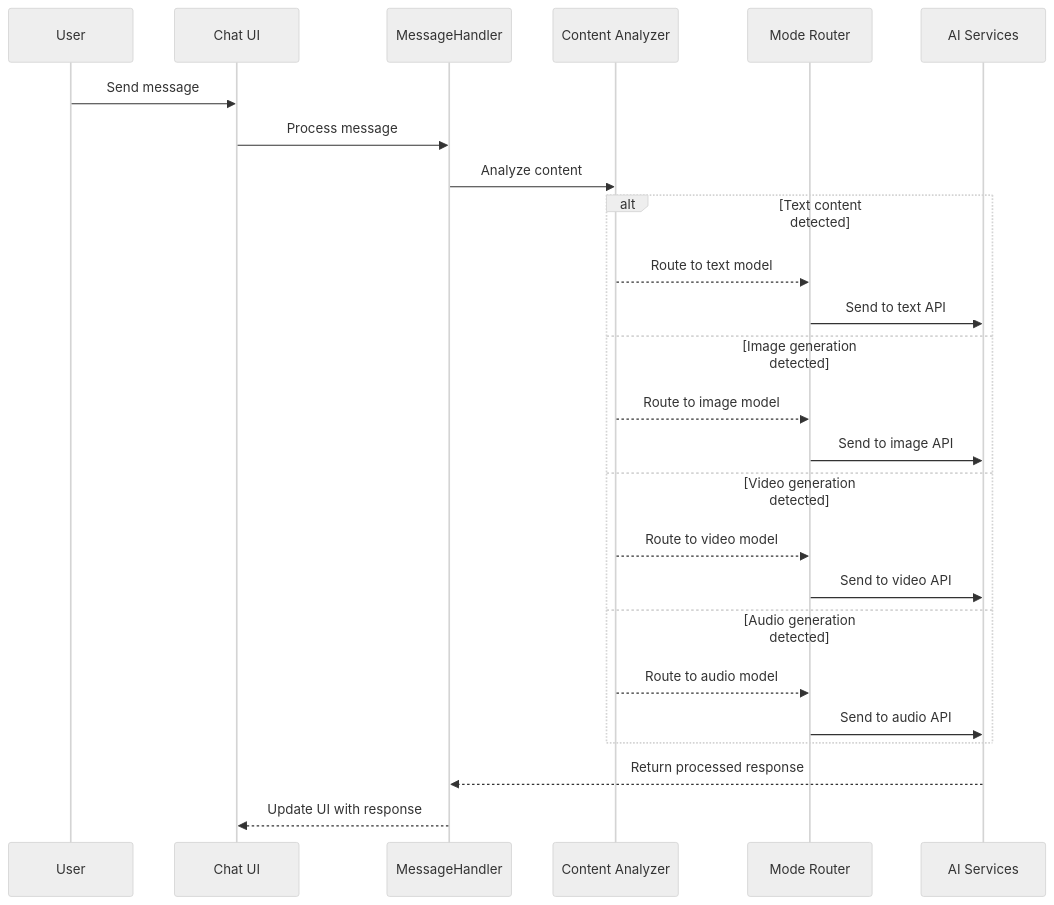
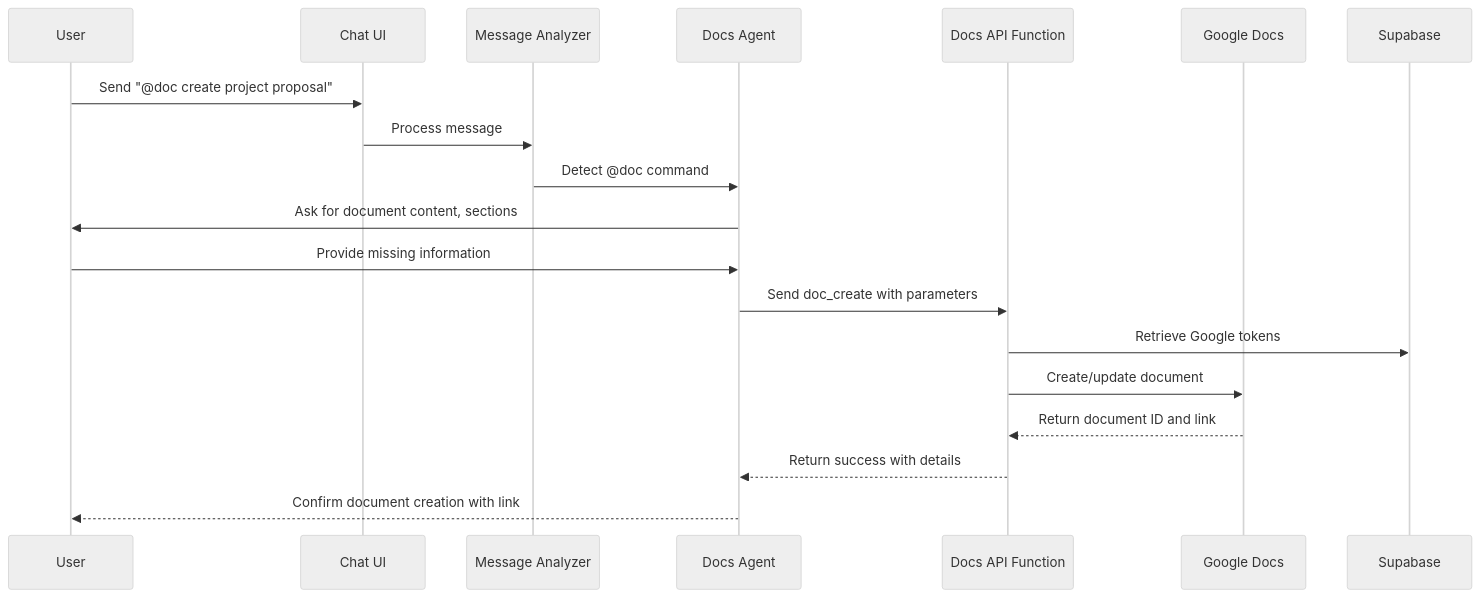
Before and after one commit to nolabru/super-intellect-companion-ai-03: diagram 14 of 14 in src/docs/TechnicalWorkflow.md, drawn with Mermaid (neutral theme). The commit also changed other lines of this file and 2 other files, not shown here.

First line of the commit message:
feat: Implement Google Workspace integration

````diff
--- a/src/docs/TechnicalWorkflow.md
+++ b/src/docs/TechnicalWorkflow.md
@@ -287,30 +346,21 @@
 ```mermaid
 sequenceDiagram
     participant User
     participant ChatUI as Chat UI
-    participant MessageHandler
-    participant Analyzer as Content Analyzer
-    participant Router as Mode Router
-    participant AIServices as AI Services
+    participant Analyzer as Message Analyzer
+    participant DocsAgent as Docs Agent
+    participant EdgeFunction as Docs API Function
+    participant GDocs as Google Docs
 
-    User->>ChatUI: Send message
-    ChatUI->>MessageHandler: Process message
-    MessageHandler->>Analyzer: Analyze content
-    
-    alt Text content detected
-        Analyzer-->>Router: Route to text model
-        Router->>AIServices: Send to text API
-    else Image generation detected
-        Analyzer-->>Router: Route to image model
-        Router->>AIServices: Send to image API
-    else Video generation detected
-        Analyzer-->>Router: Route to video model
-        Router->>AIServices: Send to video API
-    else Audio generation detected
-        Analyzer-->>Router: Route to audio model
-        Router->>AIServices: Send to audio API
-    end
-    
-    AIServices-->>MessageHandler: Return processed response
-    MessageHandler-->>ChatUI: Update UI with response
+    User->>ChatUI: Send "@doc create project proposal"
+    ChatUI->>Analyzer: Process message
+    Analyzer->>DocsAgent: Detect @doc command
+    DocsAgent->>User: Ask for document content, sections
+    User->>DocsAgent: Provide missing information
+    DocsAgent->>EdgeFunction: Send doc_create with parameters
+    EdgeFunction->>Supabase: Retrieve Google tokens
+    EdgeFunction->>GDocs: Create/update document
+    GDocs-->>EdgeFunction: Return document ID and link
+    EdgeFunction-->>DocsAgent: Return success with details
+    DocsAgent-->>User: Confirm document creation with link
 ```
````
